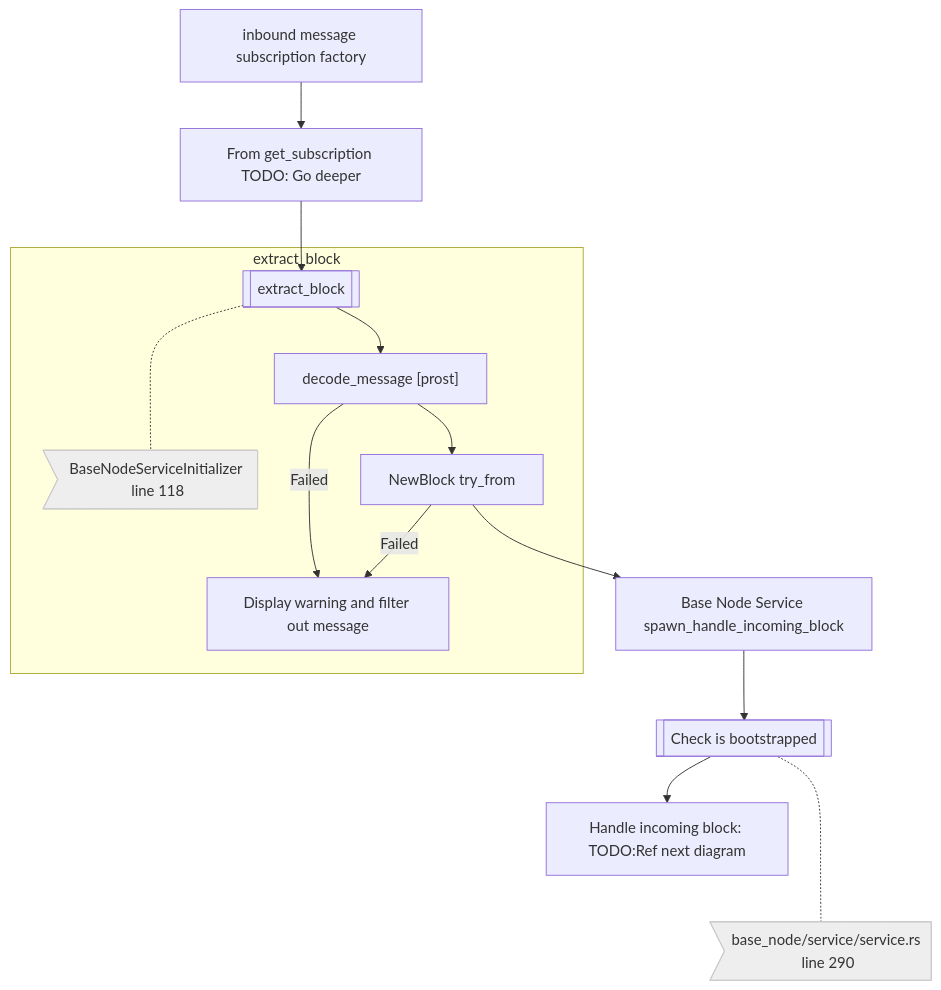
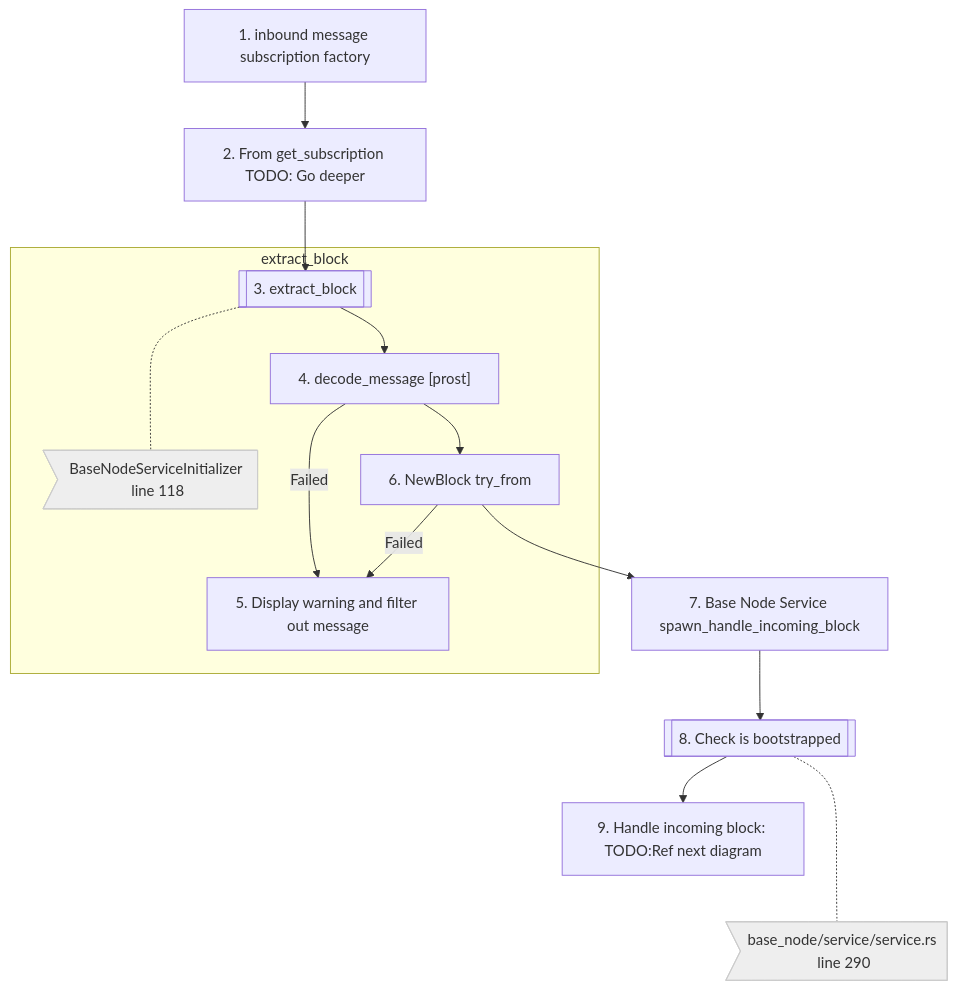
One commit to tari-project/tari changed the first of 2 diagrams in docs/src/diagrams/incoming_blocks.md. Above: the diagram before and after it, drawn with Mermaid. The commit also changed 2 other files, not shown here.

````diff
--- a/docs/src/diagrams/incoming_blocks.md
+++ b/docs/src/diagrams/incoming_blocks.md
@@ -15,22 +15,22 @@
 ```mermaid
 
 flowchart TD
-    A[inbound message subscription factory] --> B["From get_subscription TODO: Go deeper"]
-    B --> C[[extract_block]]
+    A[1. inbound message subscription factory] --> B["2. From get_subscription TODO: Go deeper"]
+    B --> C[[3. extract_block]]
     subgraph extract_block 
    
     C -..- N1>BaseNodeServiceInitializer line 118]
-    C --> D["decode_message [prost]"]
-    D --Failed --> S[Display warning and filter out message]
-    D --> E[NewBlock try_from]
+    C --> D["4. decode_message [prost]"]
+    D --Failed --> S[5. Display warning and filter out message]
+    D --> E[6. NewBlock try_from]
     E --Failed--> S
     
     end
-    E -->E1[Base Node Service spawn_handle_incoming_block] --> F[[Check is bootstrapped]]
+    E -->E1[7. Base Node Service spawn_handle_incoming_block] --> F[[8. Check is bootstrapped]]
     F -..- N2>"base_node/service/service.rs line 290"]
-    F --> G[Handle incoming block: TODO:Ref next diagram]
+    F --> G[9. Handle incoming block: TODO:Ref next diagram]
     N1:::note
     N2:::note
     classDef note fill:#eee,stroke:#ccc
 
 ```
````
